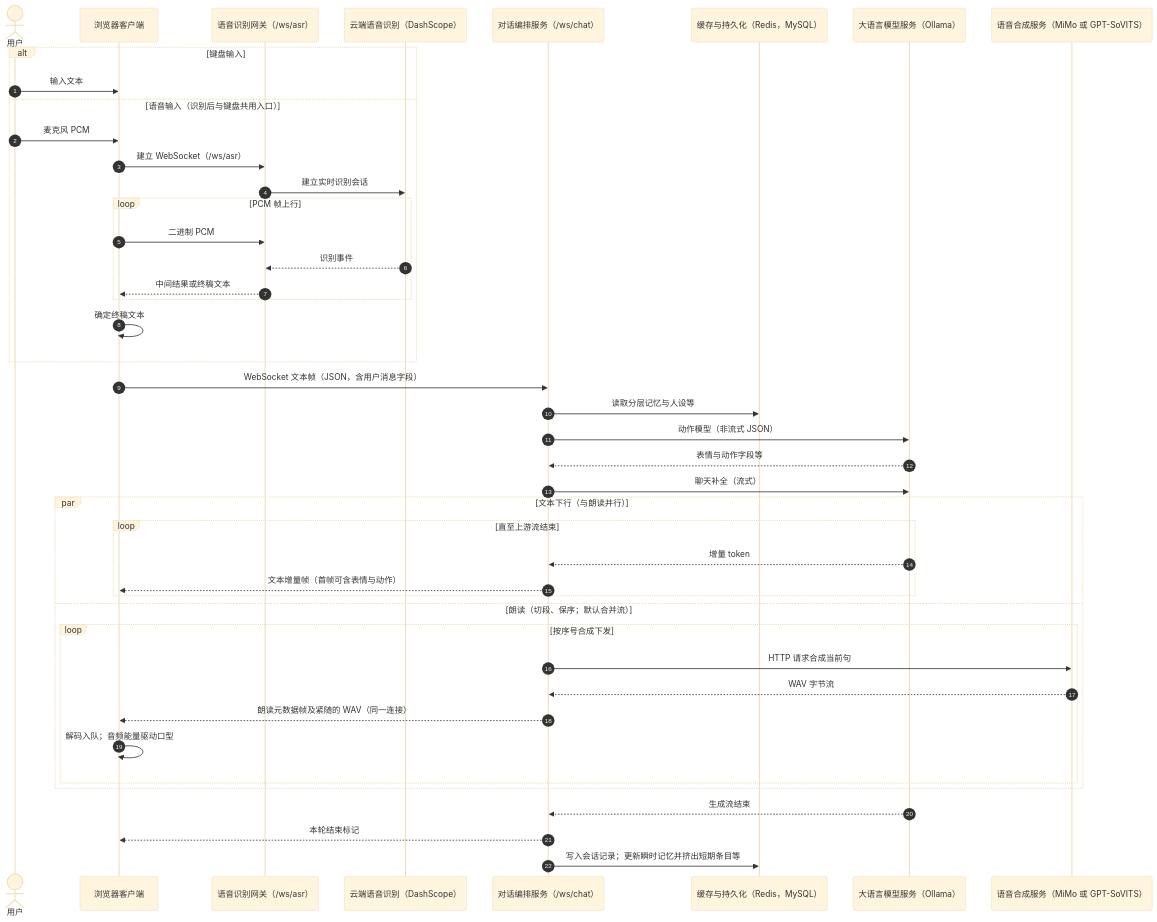
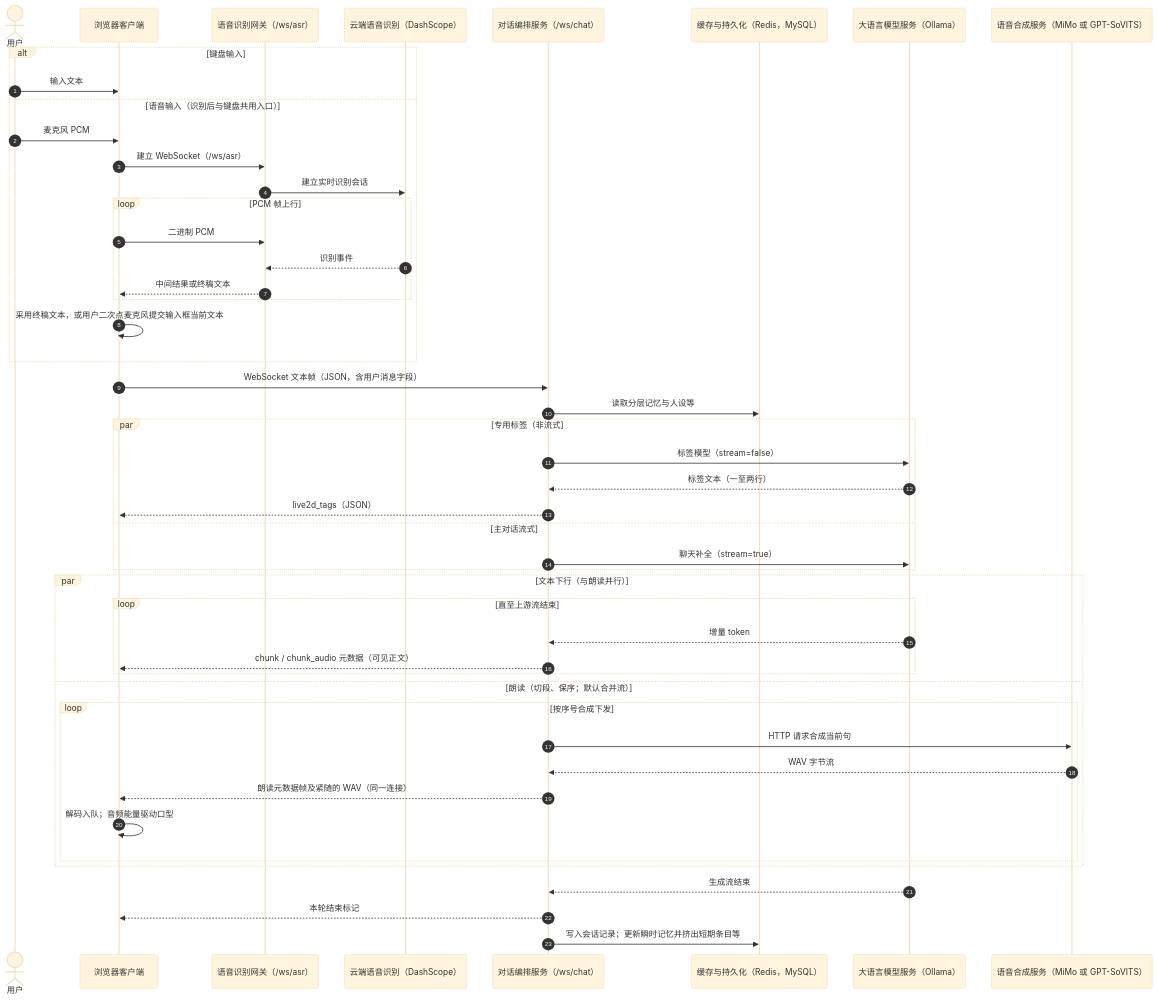
The fourth of 8 diagrams in docs/后端项目正文.md (guniang1/live2DPro), drawn with Mermaid (base theme) before and after one commit. The commit also changed other lines of this file and 21 other files, not shown here.

````diff
--- a/docs/后端项目正文.md
+++ b/docs/后端项目正文.md
@@ -549,51 +558,55 @@
 ```mermaid
 sequenceDiagram
     autonumber
     actor User as 用户
     participant FE as 浏览器客户端
     participant ASR as 语音识别网关（/ws/asr）
     participant Dash as 云端语音识别（DashScope）
     participant Chat as 对话编排服务（/ws/chat）
     participant Store as 缓存与持久化（Redis，MySQL）
     participant LLM as 大语言模型服务（Ollama）
     participant Eng as 语音合成服务（MiMo 或 GPT-SoVITS）
 
     alt 键盘输入
         User->>FE: 输入文本
     else 语音输入（识别后与键盘共用入口）
         User->>FE: 麦克风 PCM
         FE->>ASR: 建立 WebSocket（/ws/asr）
         ASR->>Dash: 建立实时识别会话
         loop PCM 帧上行
             FE->>ASR: 二进制 PCM
             Dash-->>ASR: 识别事件
             ASR-->>FE: 中间结果或终稿文本
         end
-        FE->>FE: 确定终稿文本
+        FE->>FE: 采用终稿文本，或用户二次点麦克风提交输入框当前文本
     end
 
     FE->>Chat: WebSocket 文本帧（JSON，含用户消息字段）
 
     Chat->>Store: 读取分层记忆与人设等
-    Chat->>LLM: 动作模型（非流式 JSON）
-    LLM-->>Chat: 表情与动作字段等
-    Chat->>LLM: 聊天补全（流式）
+    par 专用标签（非流式 #emotion# / #motion#，按 catalog 一行或两行）
+        Chat->>LLM: 标签模型（stream=false）
+        LLM-->>Chat: 标签文本（一至两行）
+        Chat-->>FE: live2d_tags（JSON）
+    and 主对话流式
+        Chat->>LLM: 聊天补全（stream=true）
+    end
 
     par 文本下行（与朗读并行）
         loop 直至上游流结束
             LLM-->>Chat: 增量 token
-            Chat-->>FE: 文本增量帧（首帧可含表情与动作）
+            Chat-->>FE: chunk / chunk_audio 元数据（可见正文）
         end
     and 朗读（切段、保序；默认合并流）
         loop 按序号合成下发
             Chat->>Eng: HTTP 请求合成当前句
             Eng-->>Chat: WAV 字节流
             Chat-->>FE: 朗读元数据帧及紧随的 WAV（同一连接）
             FE->>FE: 解码入队；音频能量驱动口型
         end
     end
 
     LLM-->>Chat: 生成流结束
     Chat-->>FE: 本轮结束标记
     Chat->>Store: 写入会话记录；更新瞬时记忆并挤出短期条目等
 ```
````
